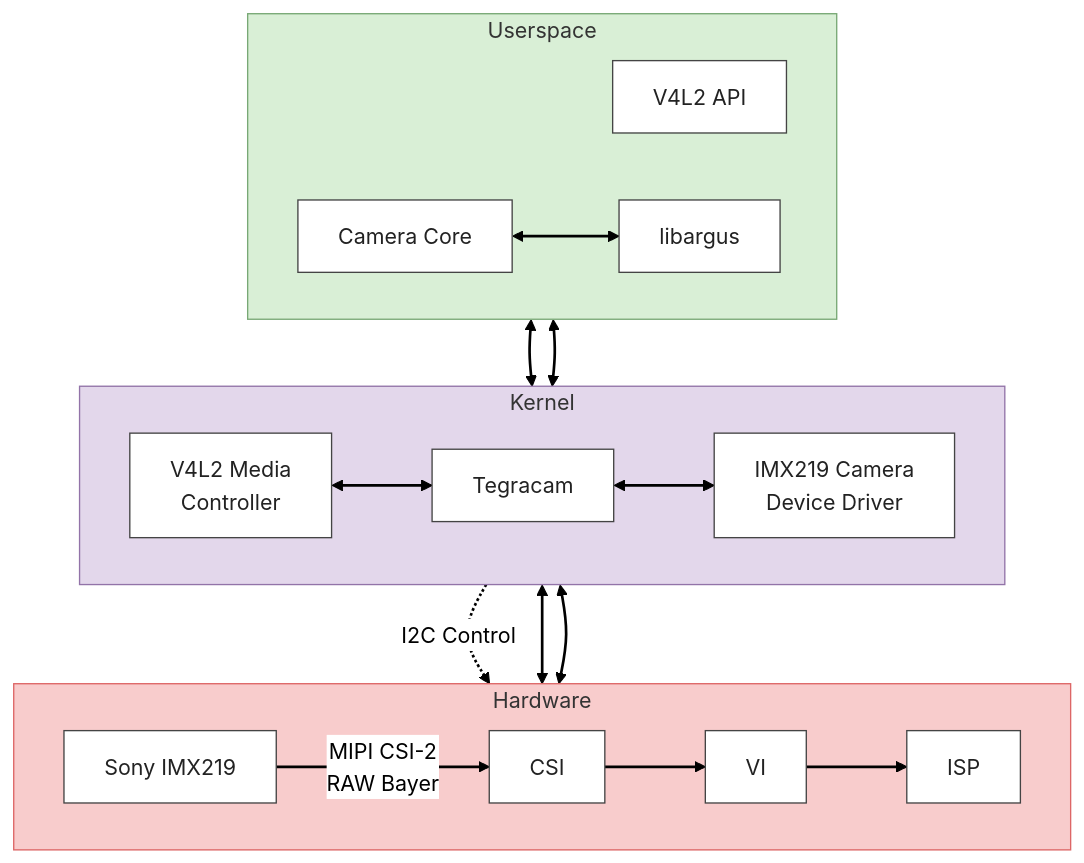
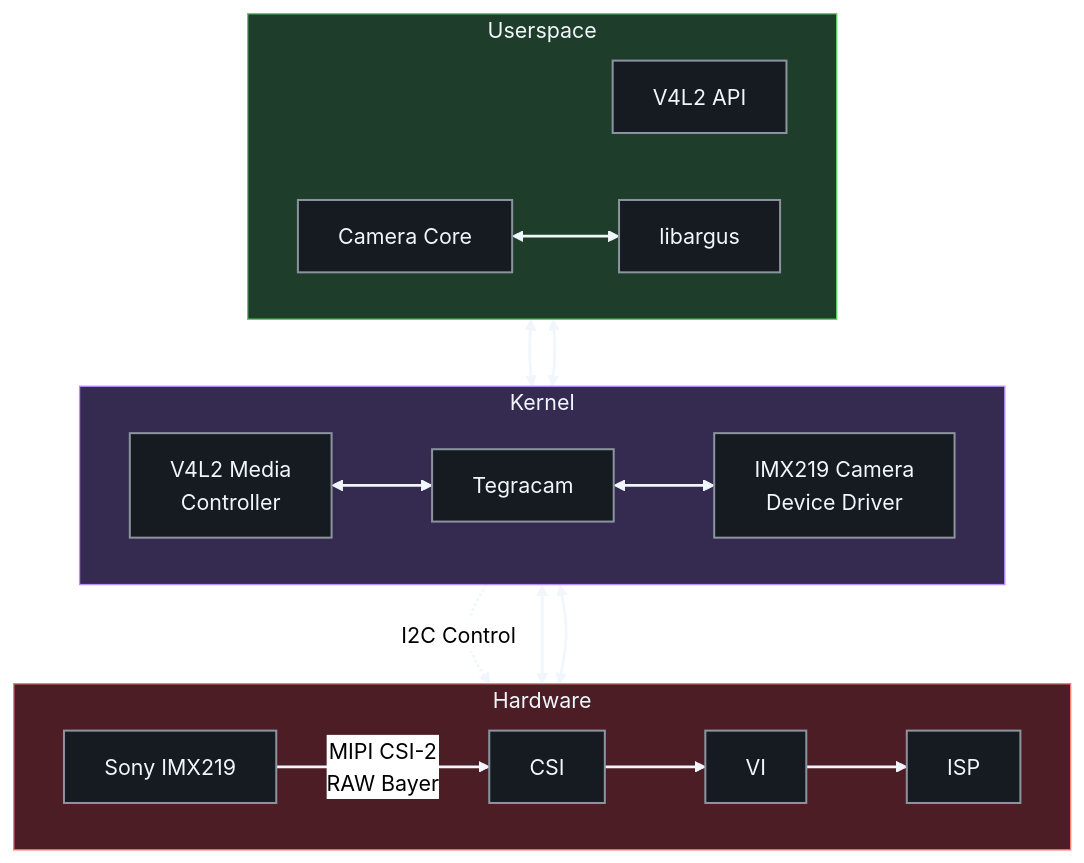
One commit to gabtor01/gabriel-torres-projects changed the diagram in projects/imx219-driver-integration/README.md. Above: the diagram before and after it, drawn with Mermaid (neutral theme).

Commit message:
Update: README.md

````diff
--- a/projects/imx219-driver-integration/README.md
+++ b/projects/imx219-driver-integration/README.md
@@ -52,56 +52,58 @@
 ```mermaid
 flowchart TB
 
     subgraph USERSPACE["Userspace"]
         direction LR
         U1["V4L2 API"]
         U2["Camera Core"]
         U3["libargus"]
     end
 
     subgraph KERNEL["Kernel"]
         direction LR
         K1["V4L2 Media<br/>Controller"]
         K2["Tegracam"]
         K3["IMX219 Camera<br/>Device Driver"]
     end
 
     subgraph HARDWARE["Hardware"]
         direction LR
         H1["Sony IMX219"]
         H2["CSI"]
         H3["VI"]
         H4["ISP"]
     end
 
     %% Userspace
     U2 <--> U3
 
-    %% Userspace ↔ Kernel
+    %% Userspace to Kernel
     U1 <--> K1
     U2 <--> K2
 
     %% Kernel
     K1 <--> K2
     K2 <--> K3
 
     %% Hardware data path
     H1 -->|"MIPI CSI-2<br/>RAW Bayer"| H2
     H2 --> H3
     H3 --> H4
 
-    %% Control / framework
+    %% Control path
     K3 -.->|"I2C Control"| H1
     K2 <--> H3
     K2 <--> H4
 
     %% Layer colors
-    style HARDWARE fill:#f8cccc,stroke:#d66
-    style KERNEL fill:#e3d7eb,stroke:#9273a8
-    style USERSPACE fill:#d9efd6,stroke:#78a875
+    style USERSPACE fill:#1F3D2B,stroke:#56D364,color:#F0F6FC
+    style KERNEL fill:#352A4F,stroke:#BC8CFF,color:#F0F6FC
+    style HARDWARE fill:#4C1D24,stroke:#FF7B72,color:#F0F6FC
 
     %% Components
-    classDef component fill:#fff,stroke:#444,color:#222
+    classDef component fill:#161B22,stroke:#8B949E,color:#F0F6FC,stroke-width:1.5px
     class U1,U2,U3,K1,K2,K3,H1,H2,H3,H4 component
-    linkStyle default stroke:#000,stroke-width:2px;
-```
+
+    %% Connections
+    linkStyle default stroke:#F0F6FC,stroke-width:2px
+```    
````
